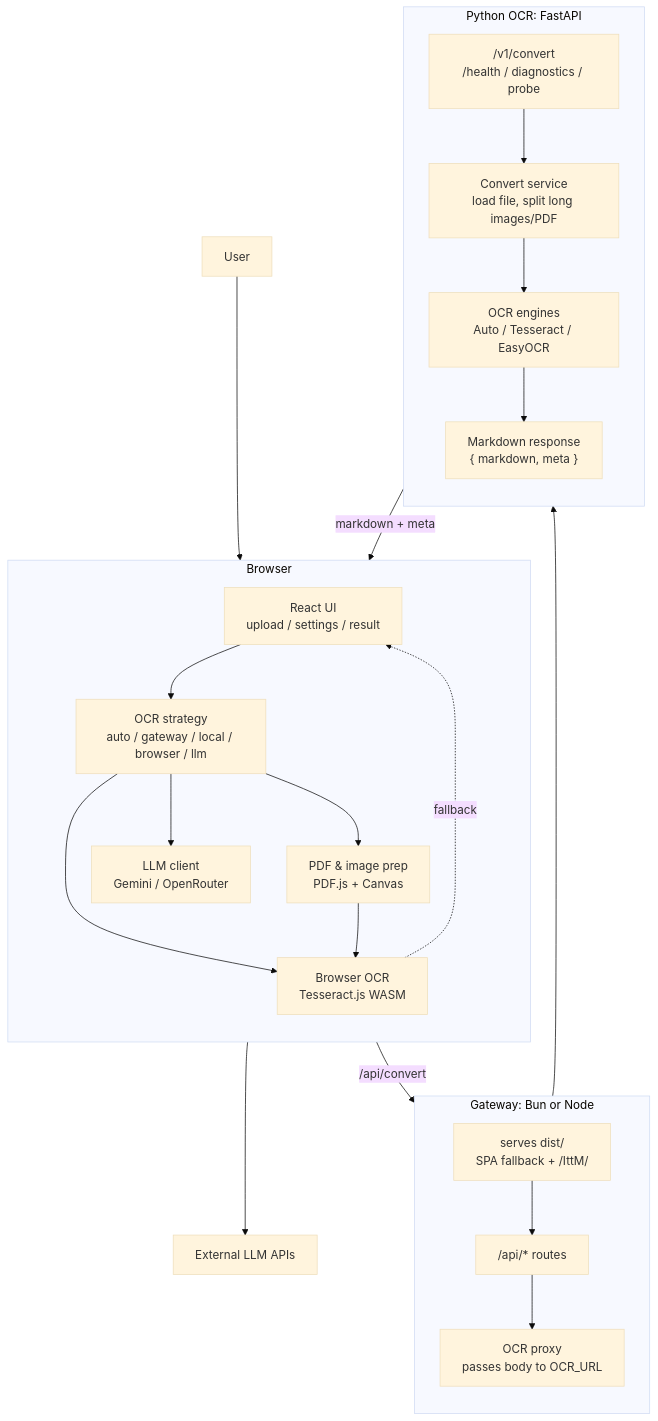
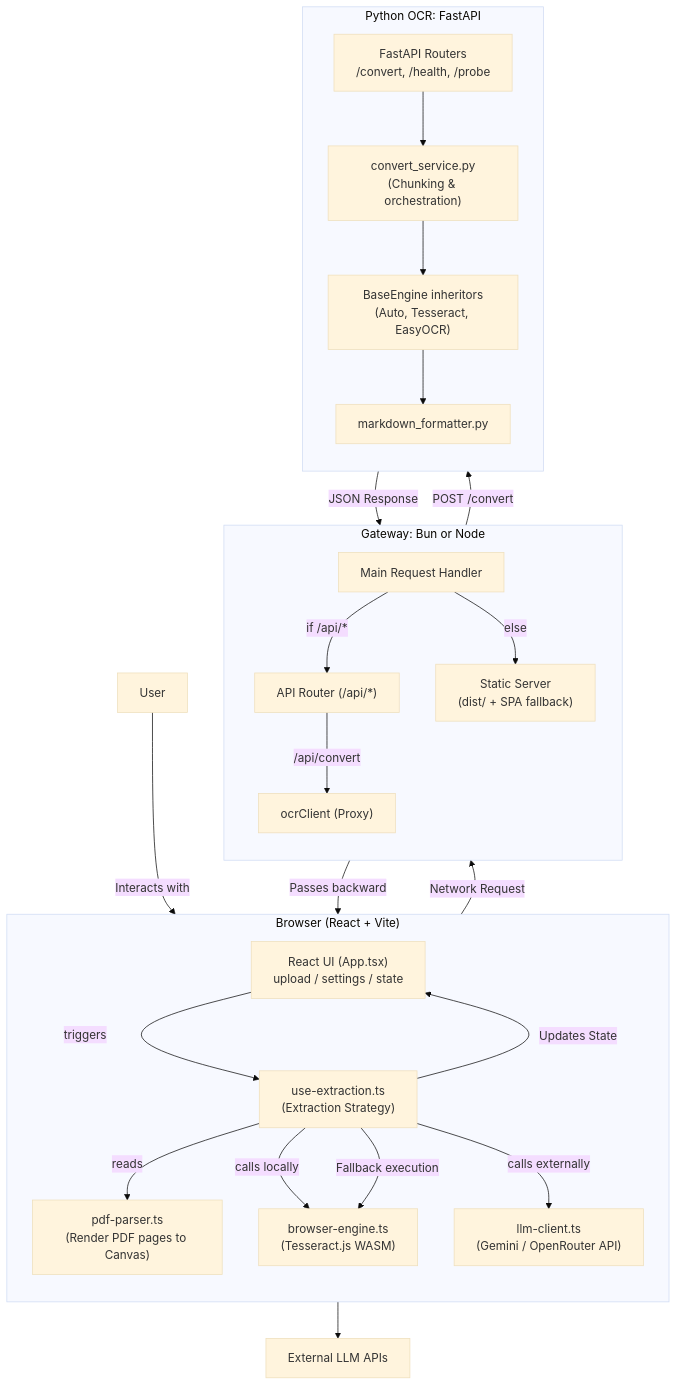
Before and after one commit to AI-paca/IttM: the diagram in README.md, drawn with Mermaid (base theme). The commit also changed other lines of this file and 40 other files, not shown here.

Commit message:
ci,web: enforce lint checks, split browser OCR responsibilities

````diff
--- a/README.md
+++ b/README.md
@@ -92,50 +92,56 @@
 ```mermaid
 flowchart TB
     User["User"]
 
-    subgraph Browser["Browser"]
+    subgraph Browser["Browser (React + Vite)"]
         direction TB
-        UI["React UI<br/>upload / settings / result"]
-        Strategy["OCR strategy<br/>auto / gateway / local / browser / llm"]
-        Pdf["PDF & image prep<br/>PDF.js + Canvas"]
-        BrowserOcr["Browser OCR<br/>Tesseract.js WASM"]
-        Llm["LLM client<br/>Gemini / OpenRouter"]
+        UI["React UI (App.tsx)<br/>upload / settings / state"]
+        Strategy["use-extraction.ts<br/>(Extraction Strategy)"]
+        Pdf["pdf-parser.ts<br/>(Render PDF pages to Canvas)"]
+        BrowserOcr["browser-engine.ts<br/>(Tesseract.js WASM)"]
+        Llm["llm-client.ts<br/>(Gemini / OpenRouter API)"]
 
-        UI --> Strategy
-        Strategy --> Pdf
-        Strategy --> BrowserOcr
-        Pdf --> BrowserOcr
-        Strategy --> Llm
+        UI -->|triggers| Strategy
+        Strategy -->|reads| Pdf
+        Strategy -->|calls locally| BrowserOcr
+        Strategy -->|calls externally| Llm
     end
 
     subgraph Gateway["Gateway: Bun or Node"]
         direction TB
-        Static["serves dist/<br/>SPA fallback + /IttM/"]
-        Routes["/api/* routes"]
-        Proxy["OCR proxy<br/>passes body to OCR_URL"]
+        MainHandle["Main Request Handler"]
+        Routes["API Router (/api/*)"]
+        Static["Static Server<br/>(dist/ + SPA fallback)"]
+        Proxy["ocrClient (Proxy)"]
 
-        Static --> Routes
-        Routes --> Proxy
+        MainHandle -->|if /api/*| Routes
+        MainHandle -->|else| Static
+        Routes -->|/api/convert| Proxy
     end
 
     subgraph Python["Python OCR: FastAPI"]
         direction TB
-        Api["/v1/convert<br/>/health / diagnostics / probe"]
-        Convert["Convert service<br/>load file, split long images/PDF"]
-        Engines["OCR engines<br/>Auto / Tesseract / EasyOCR"]
-        Markdown["Markdown response<br/>{ markdown, meta }"]
+        Api["FastAPI Routers<br/>/convert, /health, /probe"]
+        Convert["convert_service.py<br/>(Chunking & orchestration)"]
+        Engines["BaseEngine inheritors<br/>(Auto, Tesseract, EasyOCR)"]
+        Markdown["markdown_formatter.py"]
 
         Api --> Convert
         Convert --> Engines
         Engines --> Markdown
     end
 
     External["External LLM APIs"]
 
-    User --> UI
-    Strategy -->|/api/convert| Routes
-    Proxy --> Api
-    Markdown -->|markdown + meta| UI
+    %% External Connections
+    User -->|Interacts with| UI
+    Strategy -->|Fallback execution| BrowserOcr
+    Strategy -->|Network Request| MainHandle
+    Proxy -->|POST /convert| Api
     Llm --> External
-    BrowserOcr -.->|fallback| UI
+
+    %% Return flow
+    Markdown -->|JSON Response| Proxy
+    Proxy -->|Passes backward| Strategy
+    Strategy -->|Updates State| UI
 ```
````
